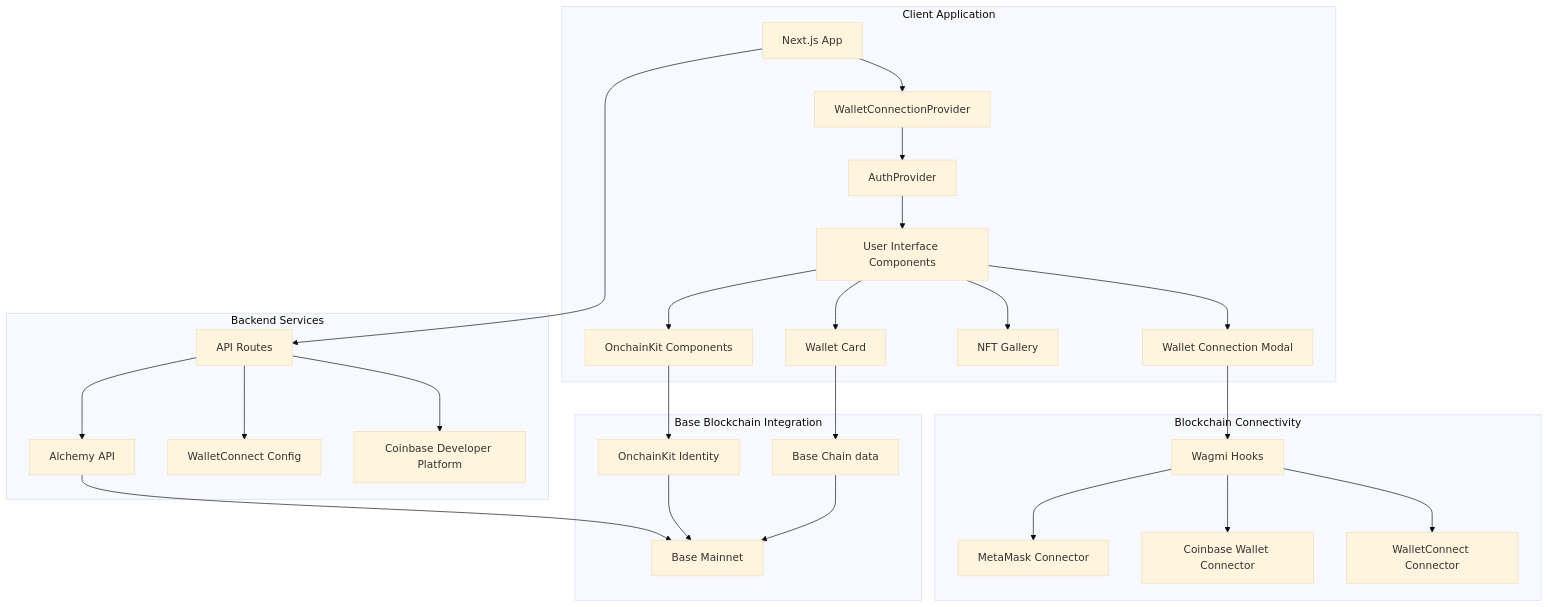
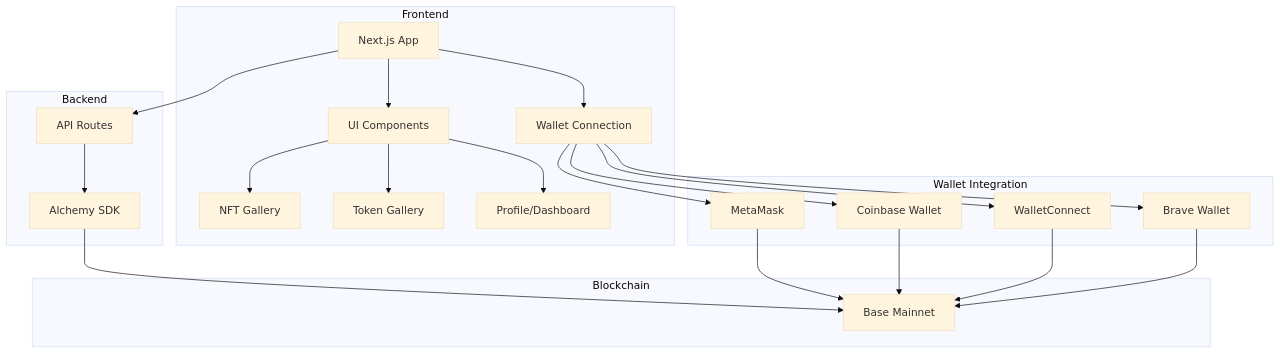
The diagram in README.md (MBrassey/base.brassey.io), drawn with Mermaid (base theme) before and after one commit. The commit also changed other lines of this file, not shown here.

Commit message:
: updates.

````diff
--- a/README.md
+++ b/README.md
@@ -7,34 +7,27 @@
 ```mermaid
 graph TD
-    subgraph "Client Application"
-        A[Next.js App] --> B[WalletConnectionProvider]
-        B --> C[AuthProvider]
-        C --> D[User Interface Components]
-        D --> E[OnchainKit Components]
-        D --> F[Wallet Connection Modal]
-        D --> G[NFT Gallery]
-        D --> H[Wallet Card]
+    subgraph "Frontend"
+        A[Next.js App] --> B[Wallet Connection]
+        A --> C[UI Components]
+        C --> D[NFT Gallery]
+        C --> E[Token Gallery]
+        C --> F[Profile/Dashboard]
     end
     
-    subgraph "Blockchain Connectivity"
-        F --> I[Wagmi Hooks]
-        I --> J[MetaMask Connector]
-        I --> K[Coinbase Wallet Connector]
-        I --> L[WalletConnect Connector]
+    subgraph "Wallet Integration"
+        B --> G[MetaMask]
+        B --> H[Coinbase Wallet]
+        B --> I[WalletConnect]
+        B --> J[Brave Wallet]
     end
     
-    subgraph "Backend Services"
-        A --> M[API Routes]
-        M --> N[Alchemy API]
-        M --> O[WalletConnect Config]
-        M --> P[Coinbase Developer Platform]
+    subgraph "Backend"
+        A --> K[API Routes]
+        K --> L[Alchemy SDK]
     end
     
-    subgraph "Base Blockchain Integration"
-        E --> Q[OnchainKit Identity]
-        H --> R[Base Chain data]
-        N --> S[Base Mainnet]
-        Q --> S
-        R --> S
+    subgraph "Blockchain"
+        L --> M[Base Mainnet]
+        G & H & I & J --> M
     end
 ```
````
